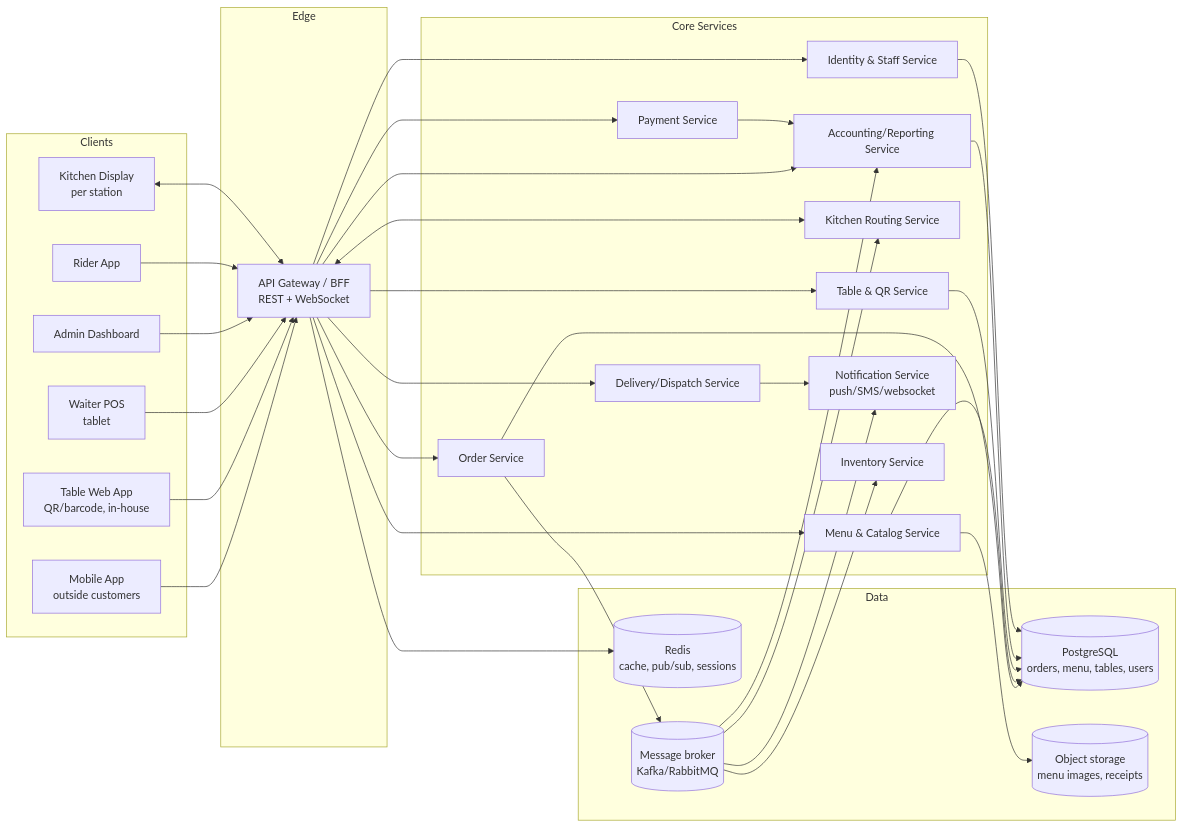
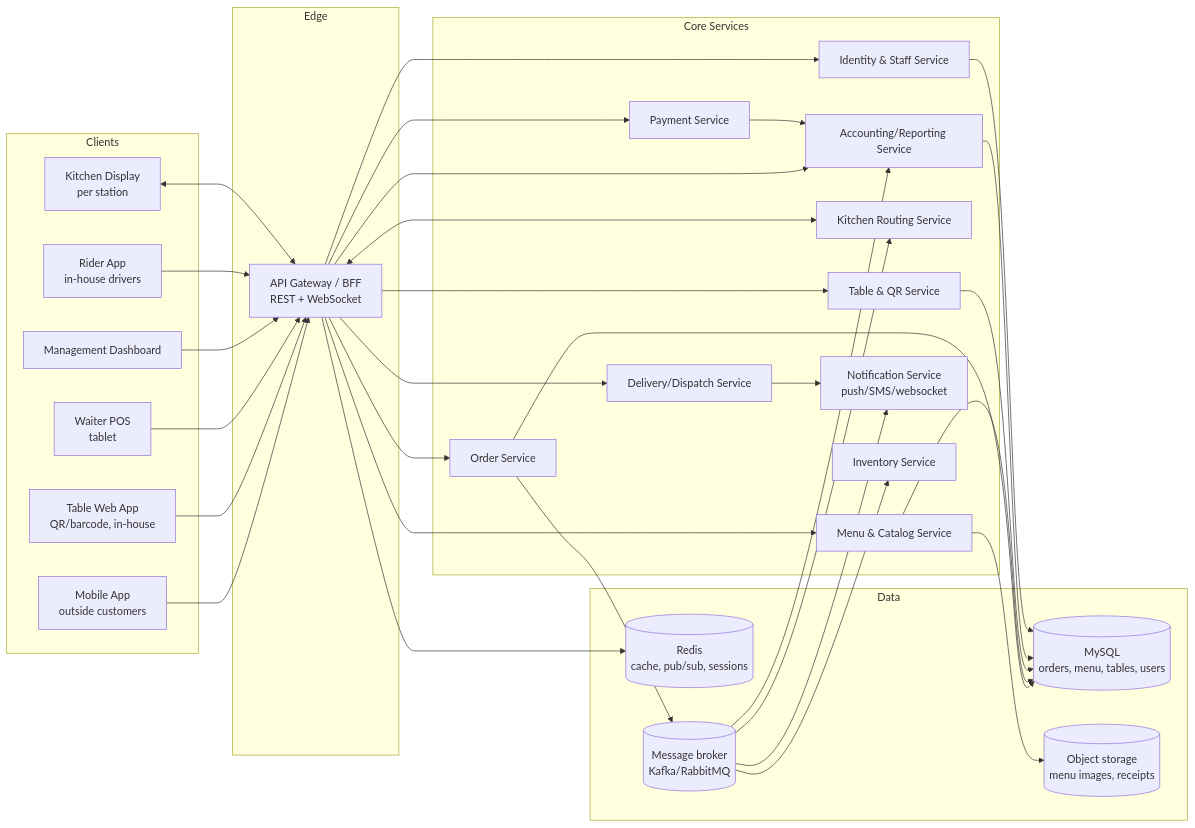
Before and after one commit to ibrahimzaxoy/legendary-succotash: the first of 3 diagrams in docs/IMPLEMENTATION_PLAN.md, drawn with Mermaid. The commit also changed other lines of this file, not shown here.

First line of the commit message:
Update plan: MySQL, in-house drivers, multi-branch, cashier-collects-payment

````diff
--- a/docs/IMPLEMENTATION_PLAN.md
+++ b/docs/IMPLEMENTATION_PLAN.md
@@ -36,54 +36,54 @@
 ```mermaid
 flowchart LR
     subgraph Clients
         MA[Mobile App<br/>outside customers]
         TQ[Table Web App<br/>QR/barcode, in-house]
         WP[Waiter POS<br/>tablet]
         KDS[Kitchen Display<br/>per station]
-        AD[Admin Dashboard]
-        RD[Rider App]
+        AD[Management Dashboard]
+        RD[Rider App<br/>in-house drivers]
     end
 
     subgraph Edge
         GW[API Gateway / BFF<br/>REST + WebSocket]
     end
 
     subgraph Core Services
         ORD[Order Service]
         MENU[Menu & Catalog Service]
         TBL[Table & QR Service]
         KIT[Kitchen Routing Service]
         PAY[Payment Service]
         DEL[Delivery/Dispatch Service]
         ACC[Accounting/Reporting Service]
         USR[Identity & Staff Service]
         NOTIF[Notification Service<br/>push/SMS/websocket]
         INV[Inventory Service]
     end
 
     subgraph Data
-        PG[(PostgreSQL<br/>orders, menu, tables, users)]
+        PG[(MySQL<br/>orders, menu, tables, users)]
         REDIS[(Redis<br/>cache, pub/sub, sessions)]
         S3[(Object storage<br/>menu images, receipts)]
         MQ[(Message broker<br/>Kafka/RabbitMQ)]
     end
 
     MA & TQ & WP & AD & RD --> GW
     KDS <--> GW
     GW --> ORD & MENU & TBL & PAY & DEL & ACC & USR
     ORD --> MQ
     MQ --> KIT
     MQ --> NOTIF
     MQ --> INV
     MQ --> ACC
     KIT <--> GW
     ORD --> PG
     MENU --> PG
     TBL --> PG
     ACC --> PG
     USR --> PG
     GW --> REDIS
     MENU --> S3
     PAY --> ACC
     DEL --> NOTIF
 ```
````
